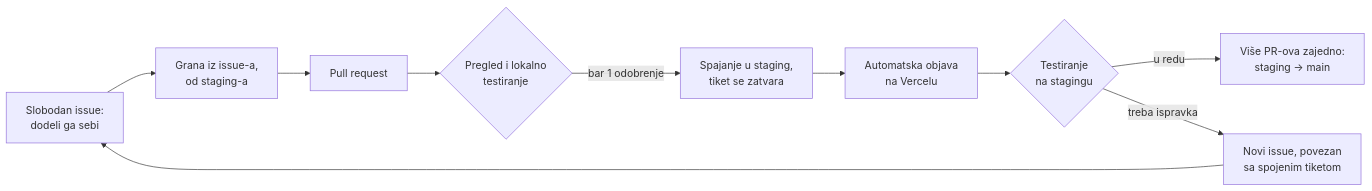
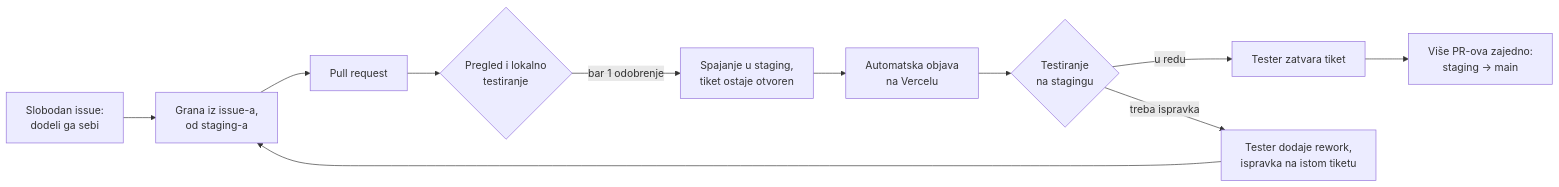
Before and after one commit to ocistimo-novi-sad/ocistimo-novi-sad.github.io: the diagram in CONTRIBUTING.md, drawn with Mermaid. The commit also changed other lines of this file and 4 other files, not shown here.

Commit message:
Update workflows and documentation to ensure issues remain open after merging to staging; clarify labeling process for rework and testing.

````diff
--- a/CONTRIBUTING.md
+++ b/CONTRIBUTING.md
@@ -5,12 +5,13 @@
 ```mermaid
 flowchart LR
     A[Slobodan issue:<br/>dodeli ga sebi] --> B[Grana iz issue-a,<br/>od staging-a]
     B --> C[Pull request]
     C --> D{Pregled i lokalno<br/>testiranje}
-    D -- bar 1 odobrenje --> E[Spajanje u staging,<br/>tiket se zatvara]
+    D -- bar 1 odobrenje --> E[Spajanje u staging,<br/>tiket ostaje otvoren]
     E --> F[Automatska objava<br/>na Vercelu]
     F --> G{Testiranje<br/>na stagingu}
-    G -- u redu --> H[Više PR-ova zajedno:<br/>staging → main]
-    G -- treba ispravka --> I[Novi issue, povezan<br/>sa spojenim tiketom]
-    I --> A
+    G -- u redu --> J[Tester zatvara tiket]
+    J --> H[Više PR-ova zajedno:<br/>staging → main]
+    G -- treba ispravka --> I[Tester dodaje rework,<br/>ispravka na istom tiketu]
+    I --> B
 ```
````
